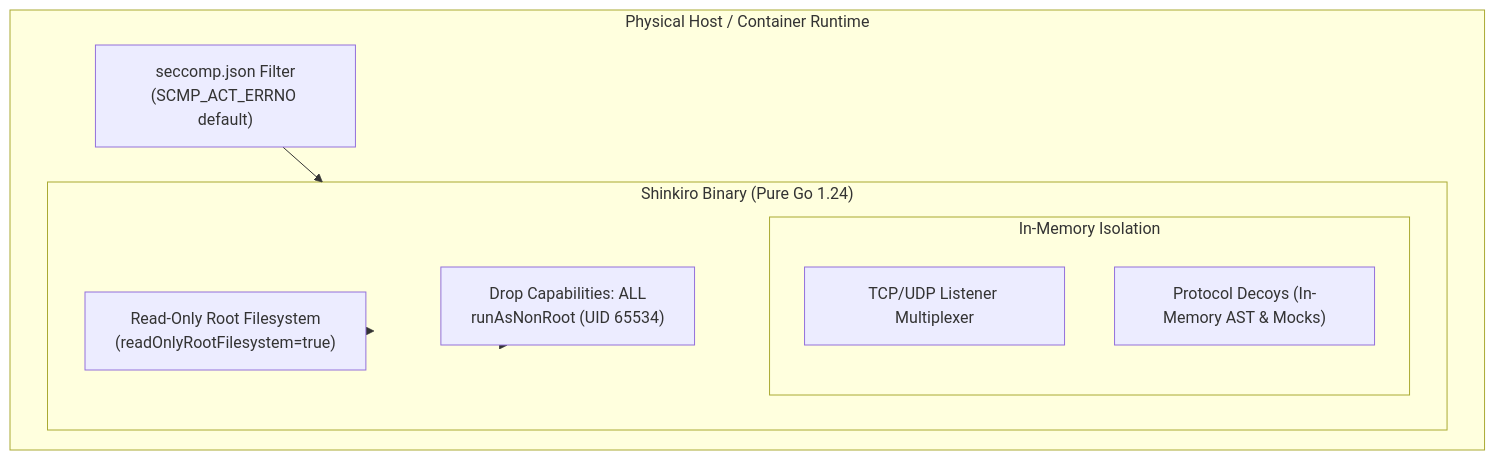
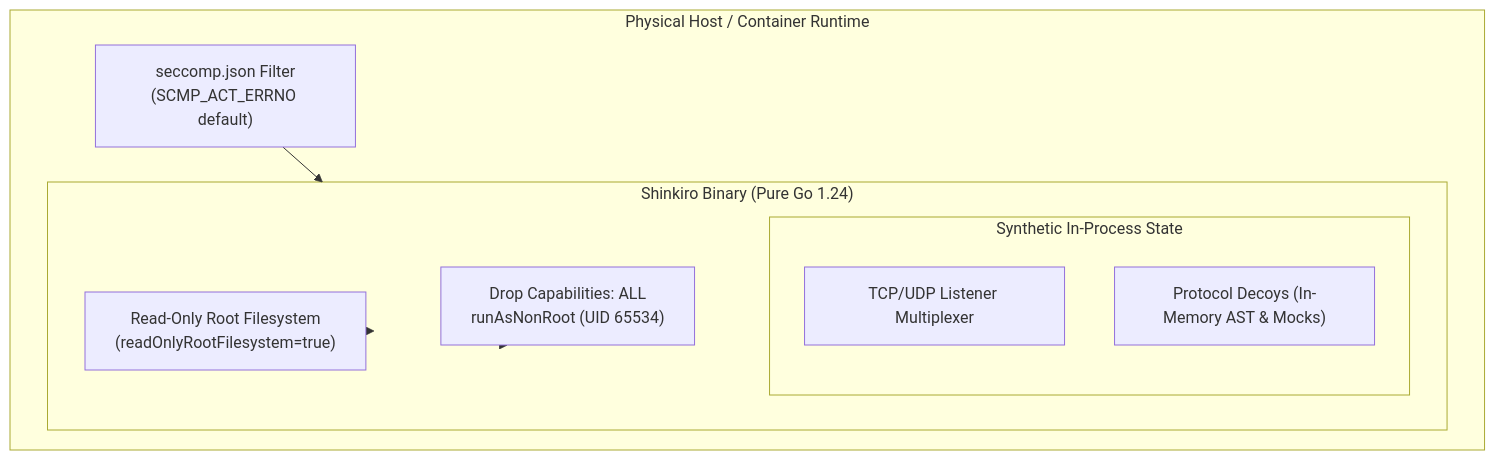
Before and after one commit to Haiagari/shinkiro: the diagram in docs/decoys/decoy-matrix.md, drawn with Mermaid. The commit also changed other lines of this file and 3 other files, not shown here.

````diff
--- a/docs/decoys/decoy-matrix.md
+++ b/docs/decoys/decoy-matrix.md
@@ -126,21 +123,21 @@
 ```mermaid
 graph TD
     subgraph Host ["Physical Host / Container Runtime"]
         Seccomp["seccomp.json Filter<br/>(SCMP_ACT_ERRNO default)"]
-        
+
         subgraph Process ["Shinkiro Binary (Pure Go 1.24)"]
             Capabilities["Drop Capabilities: ALL<br/>runAsNonRoot (UID 65534)"]
             FS["Read-Only Root Filesystem<br/>(readOnlyRootFilesystem=true)"]
-            
-            subgraph Memory ["In-Memory Isolation"]
+
+            subgraph Memory ["Synthetic In-Process State"]
                 NetMultiplexer["TCP/UDP Listener Multiplexer"]
                 Decoys["Protocol Decoys (In-Memory AST & Mocks)"]
             end
         end
     end
 
     Seccomp --> Process
     Capabilities --> Process
     FS --> Process
     Process --> Memory
 ```
````
